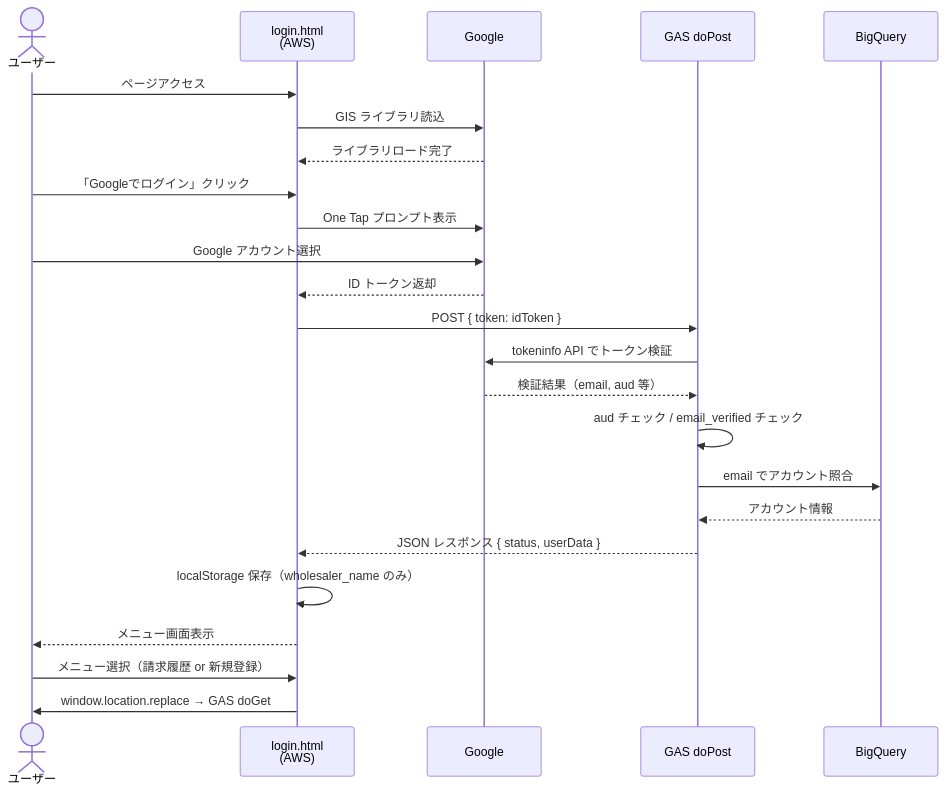
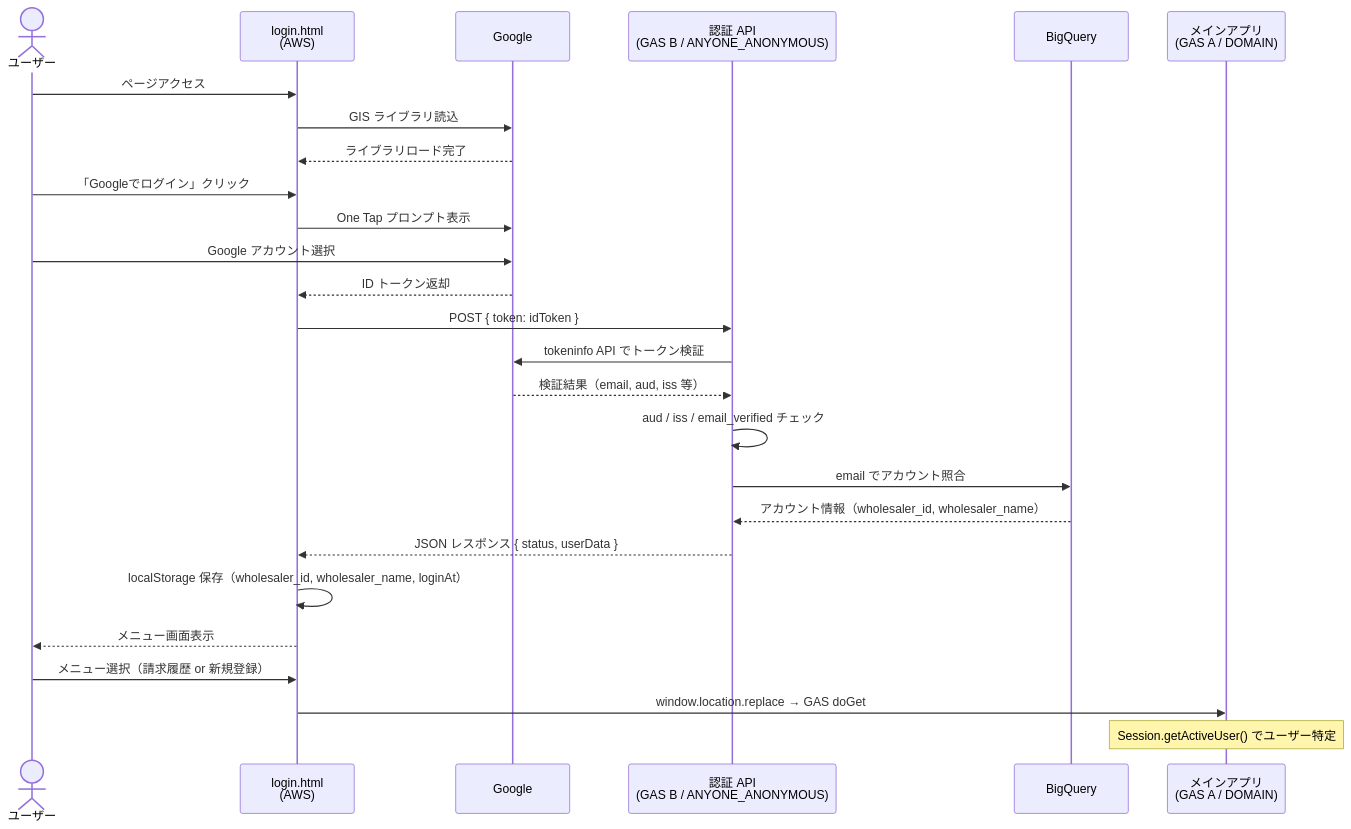
The second of 4 diagrams in docs/PR_作業まとめ_MYP-3442.md (USEN-PAY-Products/connect-wholesale-gas-poc), drawn with Mermaid before and after one commit. The commit also changed other lines of this file and 2 other files, not shown here.

````diff
--- a/docs/PR_作業まとめ_MYP-3442.md
+++ b/docs/PR_作業まとめ_MYP-3442.md
@@ -35,32 +46,34 @@
 ```mermaid
 sequenceDiagram
   actor User as ユーザー
   participant AWS as login.html<br/>(AWS)
   participant Google as Google
-  participant GAS as GAS doPost
+  participant AuthGAS as 認証 API<br/>(GAS B / ANYONE_ANONYMOUS)
   participant BQ as BigQuery
+  participant MainGAS as メインアプリ<br/>(GAS A / DOMAIN)
 
   User->>AWS: ページアクセス
   AWS->>Google: GIS ライブラリ読込
   Google-->>AWS: ライブラリロード完了
 
   User->>AWS: 「Googleでログイン」クリック
   AWS->>Google: One Tap プロンプト表示
   User->>Google: Google アカウント選択
   Google-->>AWS: ID トークン返却
 
-  AWS->>GAS: POST { token: idToken }
-  GAS->>Google: tokeninfo API でトークン検証
-  Google-->>GAS: 検証結果（email, aud 等）
+  AWS->>AuthGAS: POST { token: idToken }
+  AuthGAS->>Google: tokeninfo API でトークン検証
+  Google-->>AuthGAS: 検証結果（email, aud, iss 等）
 
-  GAS->>GAS: aud チェック / email_verified チェック
-  GAS->>BQ: email でアカウント照合
-  BQ-->>GAS: アカウント情報
-  GAS-->>AWS: JSON レスポンス { status, userData }
+  AuthGAS->>AuthGAS: aud / iss / email_verified チェック
+  AuthGAS->>BQ: email でアカウント照合
+  BQ-->>AuthGAS: アカウント情報（wholesaler_id, wholesaler_name）
+  AuthGAS-->>AWS: JSON レスポンス { status, userData }
 
-  AWS->>AWS: localStorage 保存（wholesaler_name のみ）
+  AWS->>AWS: localStorage 保存（wholesaler_id, wholesaler_name, loginAt）
   AWS-->>User: メニュー画面表示
 
   User->>AWS: メニュー選択（請求履歴 or 新規登録）
-  AWS->>User: window.location.replace → GAS doGet
+  AWS->>MainGAS: window.location.replace → GAS doGet
+  Note over MainGAS: Session.getActiveUser() でユーザー特定
 ```
````
